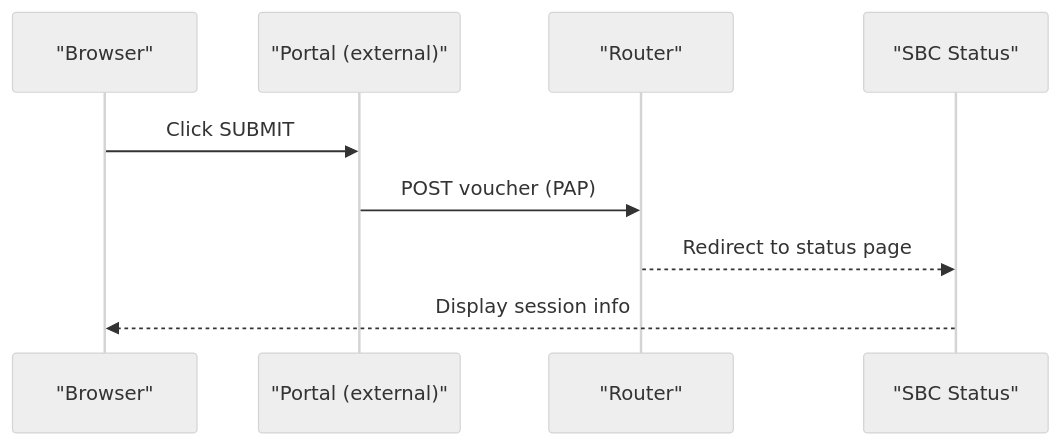
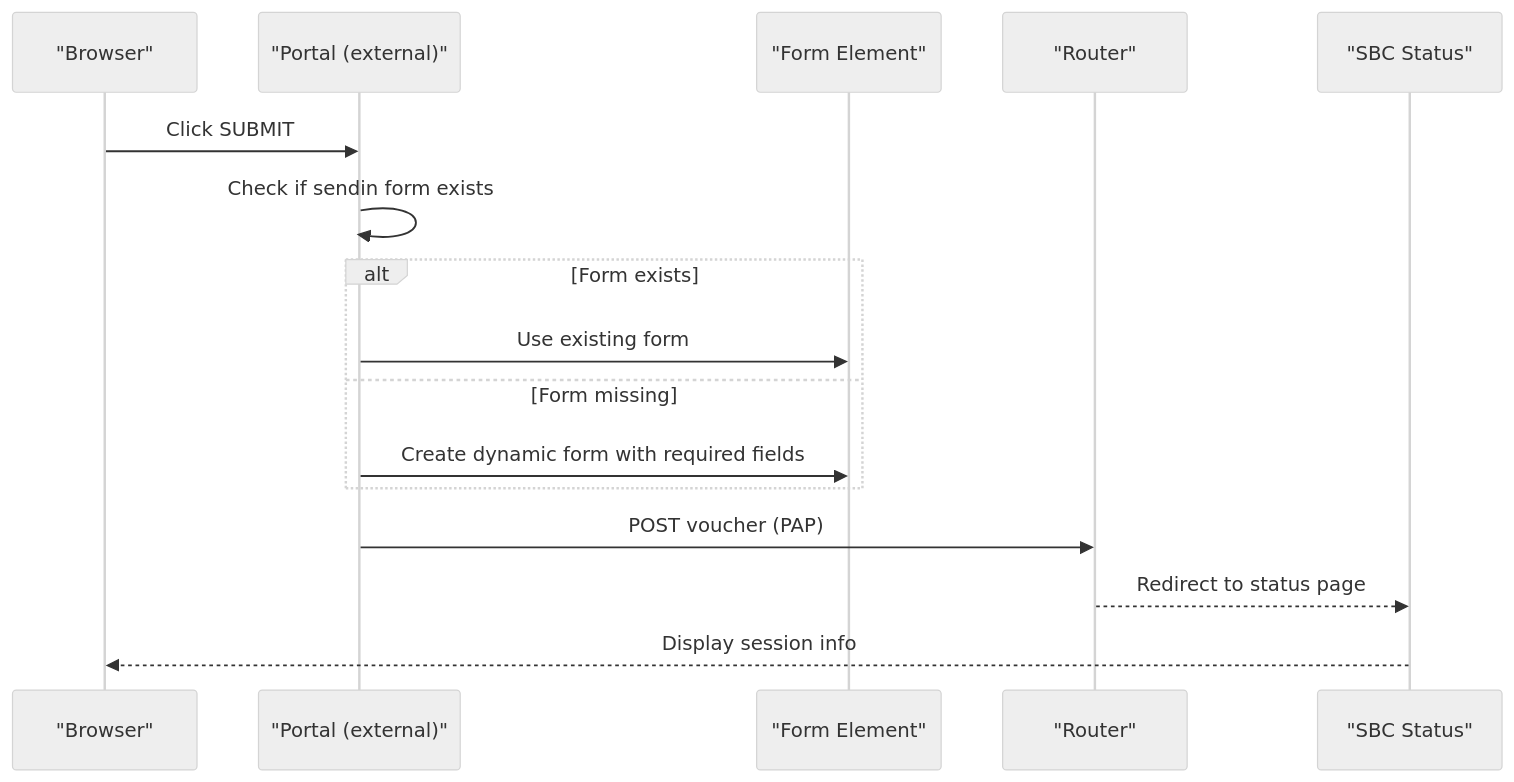
Before and after one commit to Djnirds1984/MT-CONTROLLER-PISOWIFI: the eighth of 13 diagrams in .qoder/repowiki/en/content/Captive Portal Interface/Login Interface & Voucher Entry.md, drawn with Mermaid (neutral theme). The commit also changed other lines of this file and 8 other files, not shown here.

First line of the commit message:
feat(hotspot): enhance external mode with dynamic form fallback for voucher login

````diff
--- a/.qoder/repowiki/en/content/Captive Portal Interface/Login Interface & Voucher Entry.md
+++ b/.qoder/repowiki/en/content/Captive Portal Interface/Login Interface & Voucher Entry.md
@@ -237,11 +302,18 @@
 ```mermaid
 sequenceDiagram
 participant B as "Browser"
 participant L as "Portal (external)"
+participant F as "Form Element"
 participant R as "Router"
 participant S as "SBC Status"
 B->>L : Click SUBMIT
+L->>L : Check if sendin form exists
+alt Form exists
+L->>F : Use existing form
+else Form missing
+L->>F : Create dynamic form with required fields
+end
 L->>R : POST voucher (PAP)
 R-->>S : Redirect to status page
 S-->>B : Display session info
 ```
````
